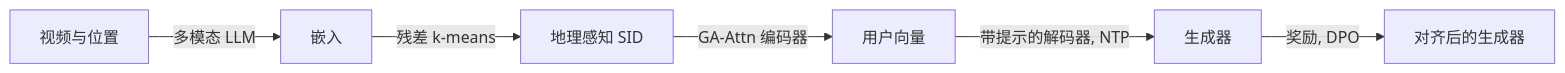
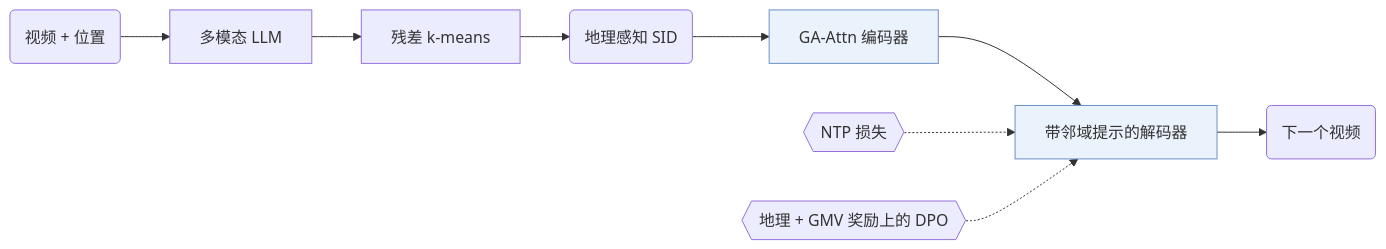
One commit to Galaxy-ghost/Awesome-SID-Generative-Rec changed the first of 2 diagrams in notes/zh/oneloc.md. Above: the diagram before and after it, drawn with Mermaid. The commit also changed other lines of this file and 521 other files, not shown here.

Commit message:
writer-04 part 3: algorithm diagrams with shared shape conventions, README hero and paper cards, archive removed

````diff
--- a/notes/zh/oneloc.md
+++ b/notes/zh/oneloc.md
@@ -16,8 +16,12 @@
 ```mermaid
 flowchart LR
-    A[视频与位置] -->|多模态 LLM| B[嵌入]
-    B -->|残差 k-means| C[地理感知 SID]
-    C -->|GA-Attn 编码器| D[用户向量]
-    D -->|带提示的解码器, NTP| E[生成器]
-    E -->|奖励, DPO| F[对齐后的生成器]
+    A("视频 + 位置") --> B["多模态 LLM"]
+    B --> C["残差 k-means"]
+    C --> D("地理感知 SID")
+    D --> E["GA-Attn 编码器"]:::key
+    E --> F["带邻域提示的解码器"]:::key
+    L1{{"NTP 损失"}} -.-> F
+    L2{{"地理 + GMV 奖励上的 DPO"}} -.-> F
+    F --> G("下一个视频")
+    classDef key fill:#eaf2fb,stroke:#6b8fc7
 ```
````
